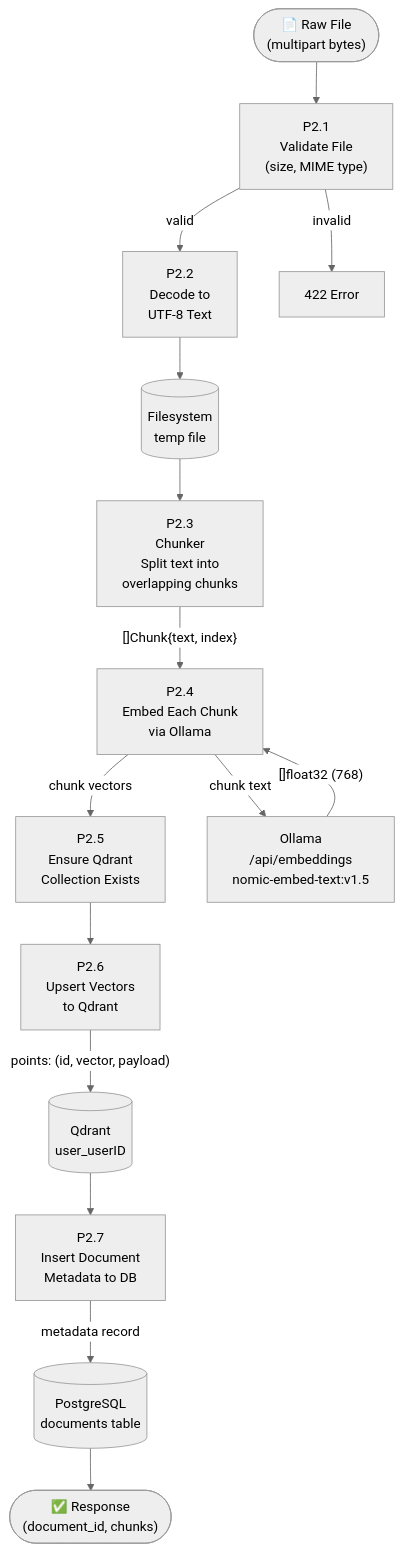
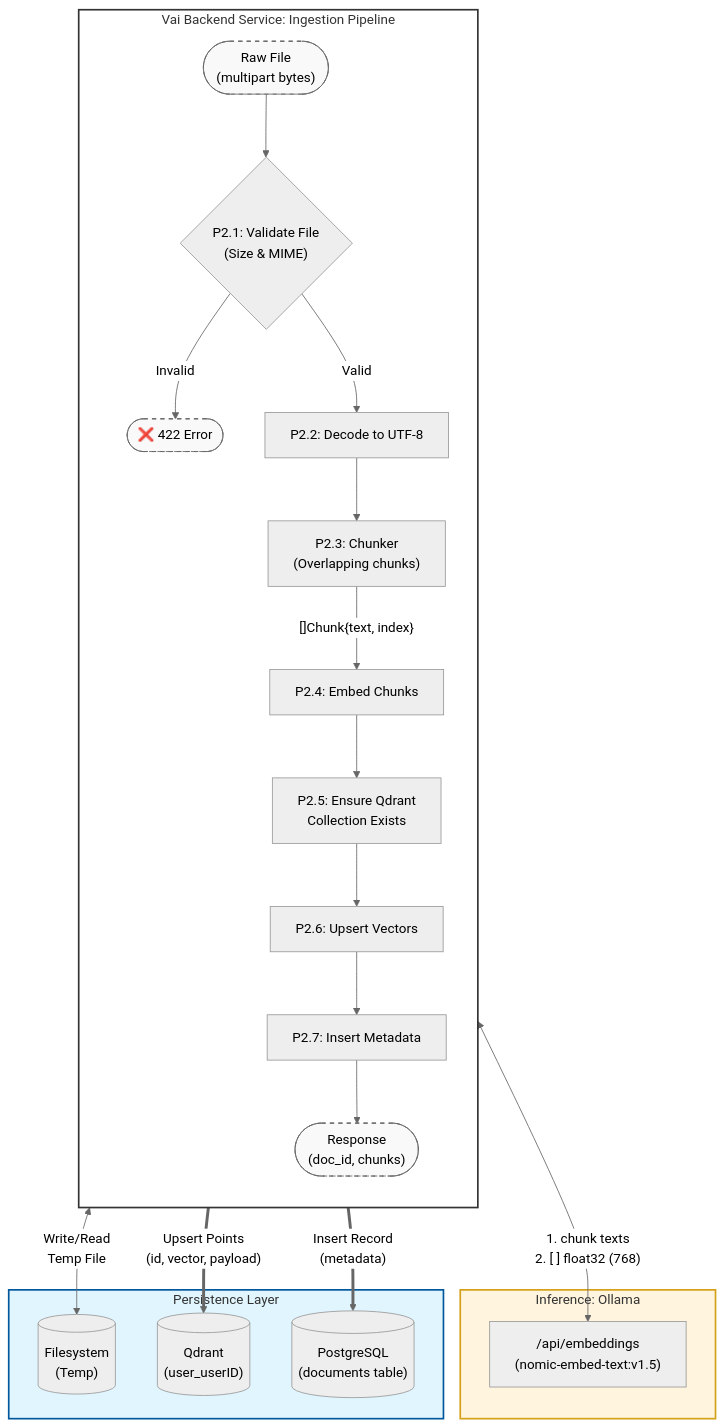
The third of 5 diagrams in docs/diagrams/DFD.md (ABDELRAHMAN-ELRAYES/Vai), drawn with Mermaid (neutral theme) before and after one commit. The commit also changed other lines of this file and 3 other files, not shown here.

Commit message:
Doc: Some updates on the file ingestion diagrams

````diff
--- a/docs/diagrams/DFD.md
+++ b/docs/diagrams/DFD.md
@@ -82,33 +127,56 @@
 ```mermaid
 flowchart TD
-    Start(["📄 Raw File\n(multipart bytes)"])
+    %% Architecture Boundaries
+    subgraph App [Vai Backend Service: Ingestion Pipeline]
+        direction TB
+        Start(["Raw File\n(multipart bytes)"])
+        
+        P2_1{"P2.1: Validate File\n(Size & MIME)"}
+        ErrSize(["❌ 422 Error"])
+        
+        P2_2["P2.2: Decode to UTF-8"]
+        P2_3["P2.3: Chunker\n(Overlapping chunks)"]
+        P2_4["P2.4: Embed Chunks"]
+        P2_5["P2.5: Ensure Qdrant\nCollection Exists"]
+        P2_6["P2.6: Upsert Vectors"]
+        P2_7["P2.7: Insert Metadata"]
+        
+        End(["Response\n(doc_id, chunks)"])
+    end
 
-    P2_1["P2.1\nValidate File\n(size, MIME type)"]
-    P2_2["P2.2\nDecode to\nUTF-8 Text"]
-    P2_3["P2.3\nChunker\nSplit text into\noverlapping chunks"]
-    P2_4["P2.4\nEmbed Each Chunk\nvia Ollama"]
-    P2_5["P2.5\nEnsure Qdrant\nCollection Exists"]
-    P2_6["P2.6\nUpsert Vectors\nto Qdrant"]
-    P2_7["P2.7\nInsert Document\nMetadata to DB"]
-    End(["✅ Response\n(document_id, chunks)"])
+    subgraph AI [Inference: Ollama]
+        OL["/api/embeddings\n(nomic-embed-text:v1.5)"]
+    end
 
-    FS[("Filesystem\ntemp file")]
-    OL["Ollama\n/api/embeddings\nnomic-embed-text:v1.5"]
-    QD[("Qdrant\nuser_userID")]
-    DB[("PostgreSQL\ndocuments table")]
+    subgraph Data [Persistence Layer]
+        FS[("Filesystem\n(Temp)")]
+        QD[("Qdrant\n(user_userID)")]
+        DB[("PostgreSQL\n(documents table)")]
+    end
 
+    %% --- CONTROL FLOW (Go Execution Sequence) ---
     Start --> P2_1
-    P2_1 -->|"valid"| P2_2
-    P2_1 -->|"invalid"| ErrSize["422 Error"]
-    P2_2 --> FS
-    FS --> P2_3
+    P2_1 -->|"Invalid"| ErrSize
+    P2_1 -->|"Valid"| P2_2
+    P2_2 --> P2_3
     P2_3 -->|"[]Chunk{text, index}"| P2_4
-    P2_4 -->|"chunk text"| OL
-    OL -->|"[]float32 (768)"| P2_4
-    P2_4 -->|"chunk vectors"| P2_5
+    P2_4 --> P2_5
     P2_5 --> P2_6
-    P2_6 -->|"points: (id, vector, payload)"| QD
-    QD --> P2_7
-    P2_7 -->|"metadata record"| DB
-    DB --> End
+    P2_6 --> P2_7
+    P2_7 --> End
+
+    %% --- DATA & IO FLOW (Interactions with external systems) ---
+    P2_2 <-->|"Write/Read\nTemp File"| FS
+    P2_4 <-->|"1. chunk texts\n2. [ ] float32 (768)"| OL
+    P2_6 ==>|"Upsert Points\n(id, vector, payload)"| QD
+    P2_7 ==>|"Insert Record\n(metadata)"| DB
+
+    %% --- STYLING ---
+    style App fill:#ffffff,stroke:#333,stroke-width:2px
+    style AI fill:#fff4dd,stroke:#d4a017,stroke-width:2px
+    style Data fill:#e1f5fe,stroke:#01579b,stroke-width:2px
+    
+    %% Subtle styling for entry/exit nodes
+    classDef io fill:#f9f9f9,stroke:#666,stroke-width:1px,stroke-dasharray: 5 5
+    class Start,End,ErrSize io
 ```
````
